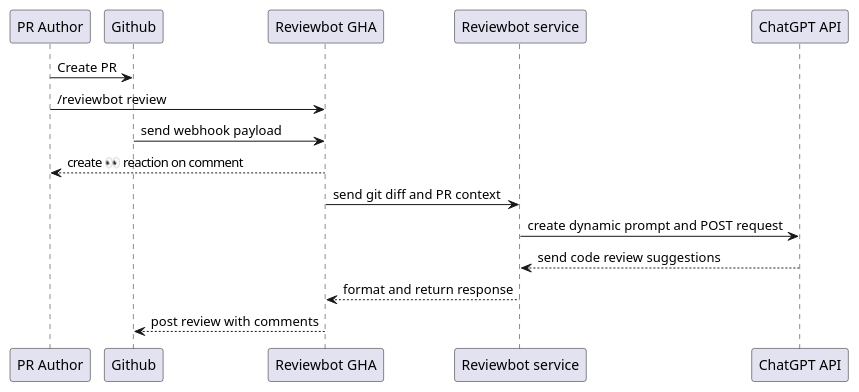
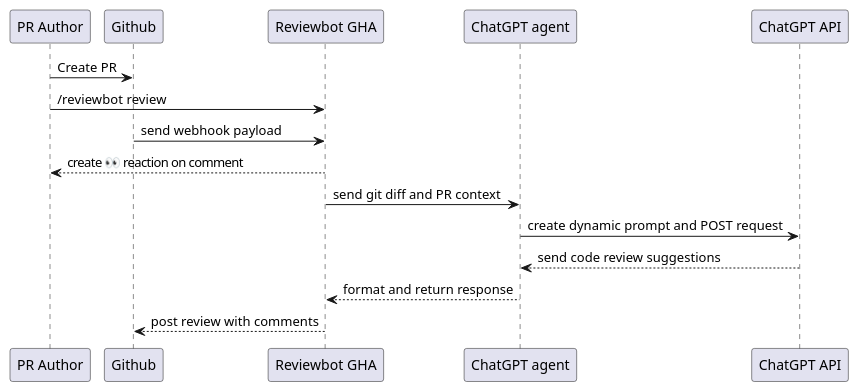
One commit to bprager/chatgpt-pr-comment changed the diagram in docs/sequence.puml. Above: the diagram before and after it, drawn with PlantUML. The commit also changed 3 other files, not shown here.

```diff
--- a/docs/sequence.puml
+++ b/docs/sequence.puml
@@ -1,19 +1,19 @@
 @startuml poc
 
 participant "PR Author" as author
 participant Github as github
 participant "Reviewbot GHA" as reviewbot
-participant "Reviewbot service" as service
+participant "ChatGPT agent" as agent
 participant "ChatGPT API" as chatgpt
 
 author -> github : Create PR
 author -> reviewbot : /reviewbot review
 github -> reviewbot : send webhook payload
 reviewbot --> author : create 👀 reaction on comment
-reviewbot -> service : send git diff and PR context
-service -> chatgpt : create dynamic prompt and POST request
-chatgpt --> service : send code review suggestions
-service --> reviewbot : format and return response
+reviewbot -> agent : send git diff and PR context
+agent -> chatgpt : create dynamic prompt and POST request
+chatgpt --> agent : send code review suggestions
+agent --> reviewbot : format and return response
 reviewbot --> github : post review with comments
 
 @enduml
```
